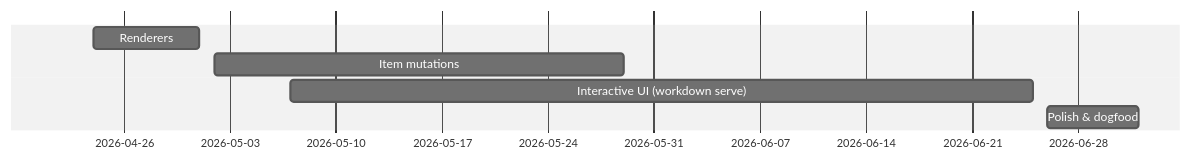
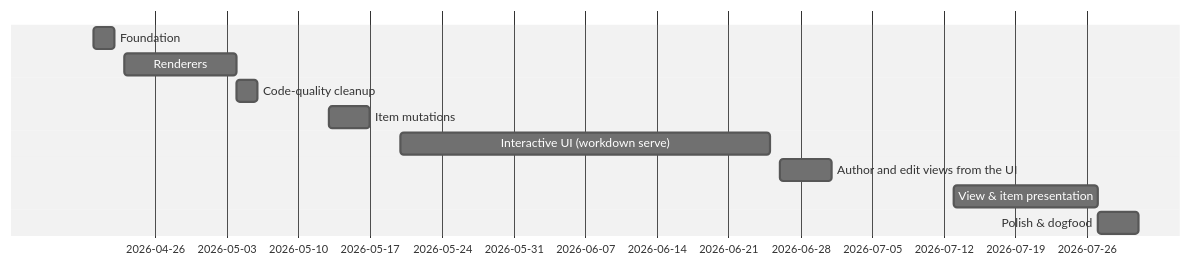
The second of 2 diagrams in views/roadmap-by-depth.md (jasdefer/Workdown), drawn with Mermaid (neutral theme) before and after one commit. The commit also changed other lines of this file and 131 other files, not shown here.

First line of the commit message:
View presentation (#43)

````diff
--- a/views/roadmap-by-depth.md
+++ b/views/roadmap-by-depth.md
@@ -15,8 +15,12 @@
 ```mermaid
 gantt
     dateFormat YYYY-MM-DD
-    Renderers :renderers, 2026-04-24, 2026-05-01
-    Item mutations :item-mutations, 2026-05-02, 2026-05-29
-    Interactive UI (workdown serve) :server, 2026-05-07, 2026-06-25
-    Polish & dogfood :polish, 2026-06-26, 2026-07-02
+    Foundation :foundation, 2026-04-20, 2026-04-22
+    Renderers :renderers, 2026-04-23, 2026-05-04
+    Code-quality cleanup :code-quality, 2026-05-04, 2026-05-06
+    Item mutations :item-mutations, 2026-05-13, 2026-05-17
+    Interactive UI (workdown serve) :server, 2026-05-20, 2026-06-25
+    Author and edit views from the UI :view-authoring, 2026-06-26, 2026-07-01
+    View & item presentation :view-presentation, 2026-07-13, 2026-07-27
+    Polish & dogfood :polish, 2026-07-27, 2026-07-31
 ```
````
